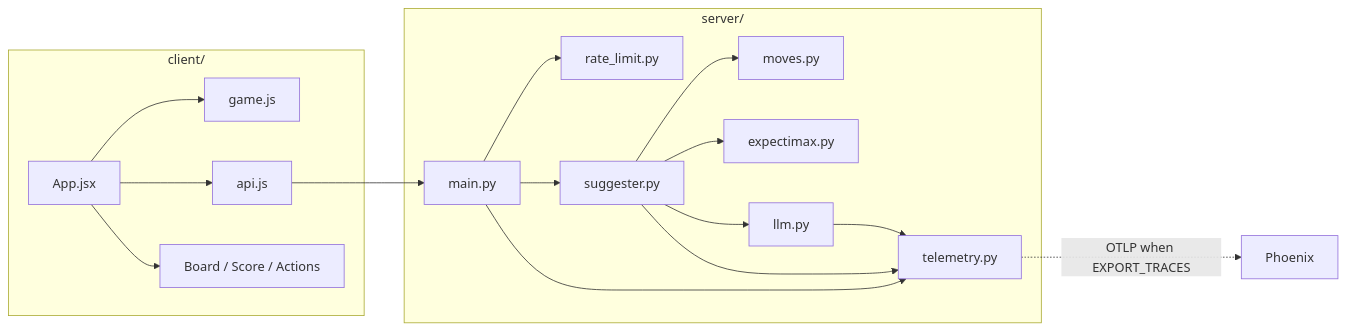
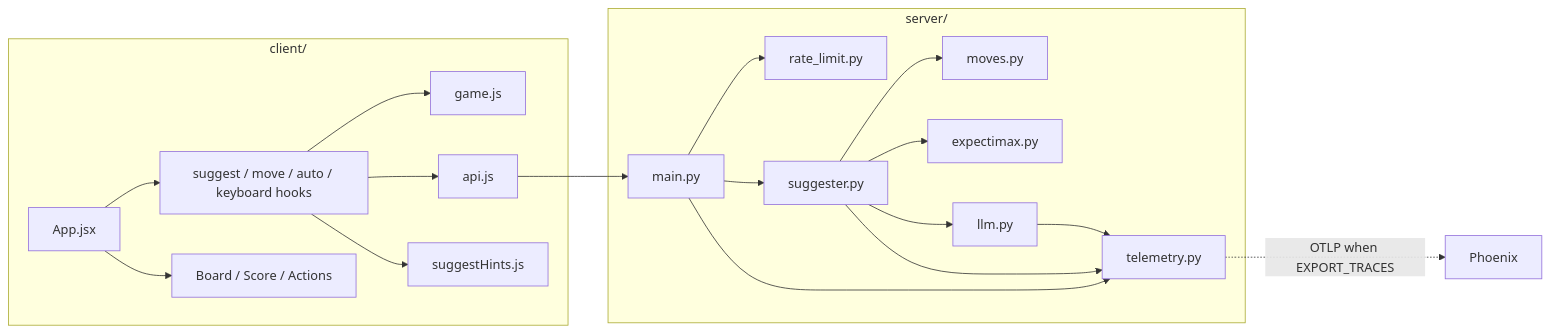
Before and after one commit to christycty/game-2048: the third of 3 diagrams in docs/architecture.md, drawn with Mermaid. The commit also changed other lines of this file and 5 other files, not shown here.

````diff
--- a/docs/architecture.md
+++ b/docs/architecture.md
@@ -57,31 +57,35 @@
 ```mermaid
 flowchart LR
   subgraph client [client/]
     App[App.jsx]
+    Hooks[suggest / move / auto / keyboard hooks]
+    Hints[suggestHints.js]
     Game[game.js]
     Api[api.js]
     UI[Board / Score / Actions]
-    App --> Game
-    App --> Api
+    App --> Hooks
     App --> UI
+    Hooks --> Game
+    Hooks --> Api
+    Hooks --> Hints
   end
   subgraph server [server/]
     Main[main.py]
     Limit[rate_limit.py]
     Suggester[suggester.py]
     Moves[moves.py]
     Expectimax[expectimax.py]
     LLM[llm.py]
     Telemetry[telemetry.py]
     Main --> Limit
     Main --> Suggester
     Main --> Telemetry
     Suggester --> Moves
     Suggester --> Expectimax
     Suggester --> LLM
     Suggester --> Telemetry
     LLM --> Telemetry
   end
   Api --> Main
   Telemetry -.->|OTLP when EXPORT_TRACES| Phoenix[Phoenix]
 ```
````
